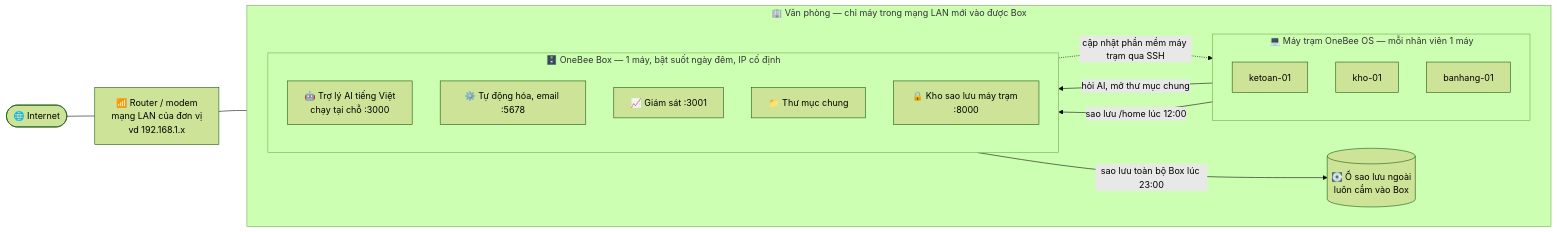
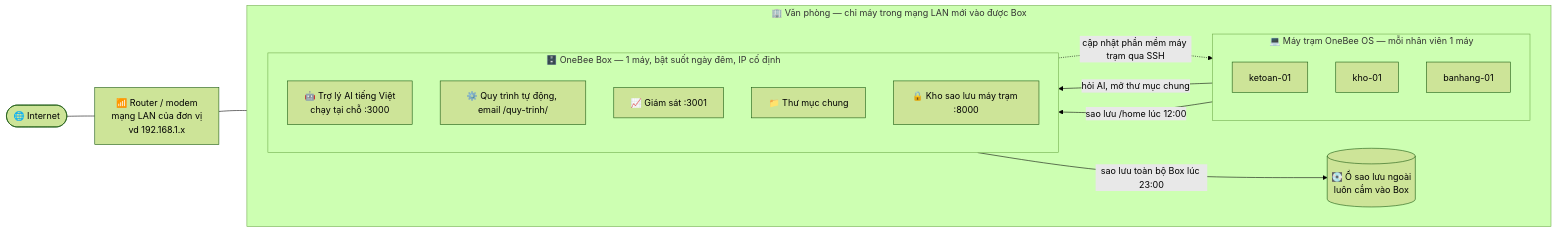
Before and after one commit to mthien07/da3-he-dieu-hanh-va-tu-dong-hoa-open-source: the first of 4 diagrams in docs/huong-dan/huong-dan-cai-dat-tu-a-den-z.md, drawn with Mermaid (forest theme). The commit also changed other lines of this file and 94 other files, not shown here.

Commit message:
feat(box): thay công cụ quy trình cũ bằng Node-RED, bỏ cổng riêng và siết tuyến soạn luồng

````diff
--- a/docs/huong-dan/huong-dan-cai-dat-tu-a-den-z.md
+++ b/docs/huong-dan/huong-dan-cai-dat-tu-a-den-z.md
@@ -19,32 +19,32 @@
 ```mermaid
 flowchart LR
     NET(["🌐 Internet"])
     ROUTER["📶 Router / modem<br/>mạng LAN của đơn vị<br/>vd 192.168.1.x"]
 
     subgraph VP["🏢 Văn phòng — chỉ máy trong mạng LAN mới vào được Box"]
         direction LR
         subgraph TRAM["💻 Máy trạm OneBee OS — mỗi nhân viên 1 máy"]
             direction TB
             T1["ketoan-01"]
             T2["kho-01"]
             T3["banhang-01"]
         end
         subgraph BOX["🗄️ OneBee Box — 1 máy, bật suốt ngày đêm, IP cố định"]
             direction TB
             AI["🤖 Trợ lý AI tiếng Việt<br/>chạy tại chỗ :3000"]
-            N8N["⚙️ Tự động hóa, email :5678"]
+            QT["⚙️ Quy trình tự động, email /quy-trinh/"]
             KUMA["📈 Giám sát :3001"]
             SMB["📁 Thư mục chung"]
             KHO["🔒 Kho sao lưu máy trạm :8000"]
         end
         USB[("💽 Ổ sao lưu ngoài<br/>luôn cắm vào Box")]
     end
 
     NET --- ROUTER
     ROUTER --- TRAM
     ROUTER --- BOX
     TRAM -- "hỏi AI, mở thư mục chung" --> BOX
     TRAM -- "sao lưu /home lúc 12:00" --> KHO
     BOX -- "sao lưu toàn bộ Box lúc 23:00" --> USB
     BOX -. "cập nhật phần mềm máy trạm qua SSH" .-> TRAM
 ```
````
